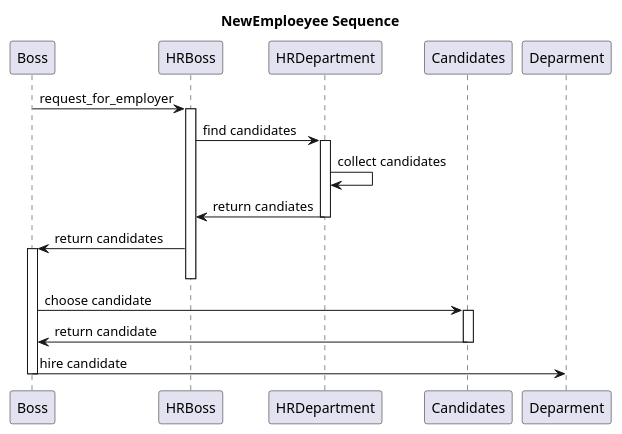
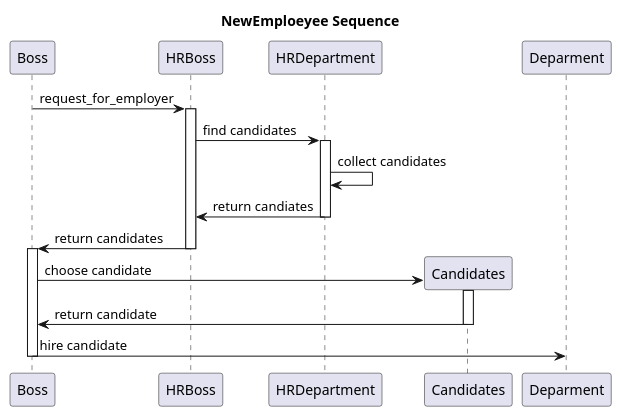
Before and after one commit to larest/UMLPlaygroundProject: the diagram in src/NewEmployee.puml, drawn with PlantUML. The commit also changed 1 other file, not shown here.

```diff
--- a/src/NewEmployee.puml
+++ b/src/NewEmployee.puml
@@ -1,29 +1,32 @@
 @startuml
 
 title NewEmploeyee Sequence
 
 
 Boss->HRBoss: request_for_employer
 activate HRBoss
 
 HRBoss->HRDepartment: find candidates
 activate HRDepartment
 
 HRDepartment ->HRDepartment: collect candidates
 HRDepartment ->HRBoss: return candiates
 deactivate HRDepartment
 
+
 HRBoss->Boss: return candidates
+
+deactivate HRBoss
 activate Boss
-deactivate HRBoss
 
+create Candidates
 Boss ->Candidates: choose candidate
 activate Candidates
 Candidates -> Boss : return candidate
 deactivate Candidates
 
 
 Boss -> Deparment : hire candidate
 deactivate Boss
 
 @enduml
```
